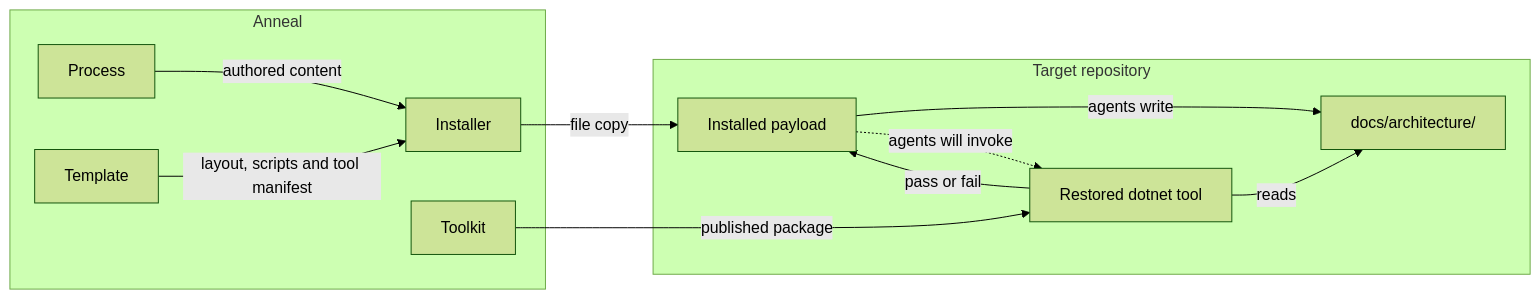
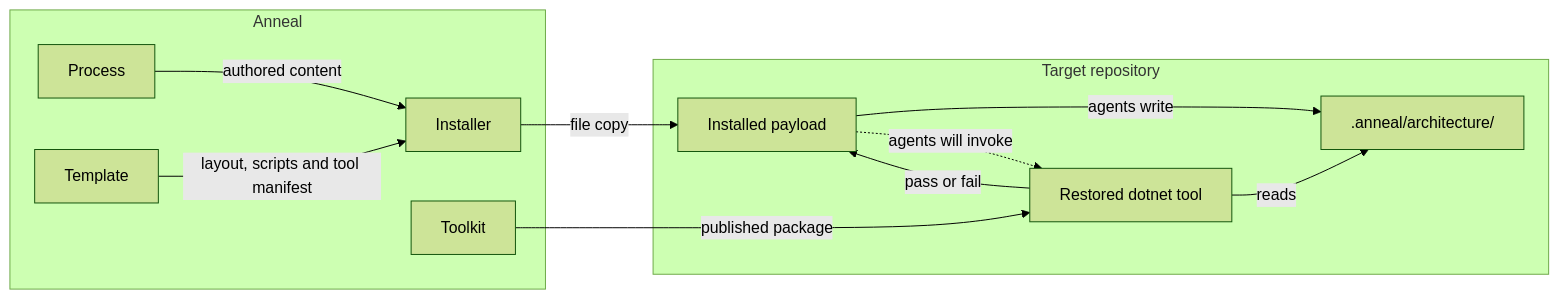
One commit to demaconsulting/Anneal changed the diagram in .anneal/architecture/overview.md. Above: the diagram before and after it, drawn with Mermaid (forest theme). The commit also changed other lines of this file and 100 other files, not shown here.

````diff
--- a/.anneal/architecture/overview.md
+++ b/.anneal/architecture/overview.md
@@ -47,23 +47,23 @@
 ```mermaid
 flowchart LR
     subgraph Anneal
         Process[Process]
         Template[Template]
         Installer[Installer]
         Toolkit[Toolkit]
     end
     subgraph Target["Target repository"]
         Payload[Installed payload]
-        Tree["docs/architecture/"]
+        Tree[".anneal/architecture/"]
         Tool["Restored dotnet tool"]
     end
 
     Process -- "authored content" --> Installer
     Template -- "layout, scripts and tool manifest" --> Installer
     Installer -- "file copy" --> Payload
     Toolkit -- "published package" --> Tool
     Payload -- "agents write" --> Tree
     Payload -. "agents will invoke" .-> Tool
     Tool -- "reads" --> Tree
     Tool -- "pass or fail" --> Payload
 ```
````
